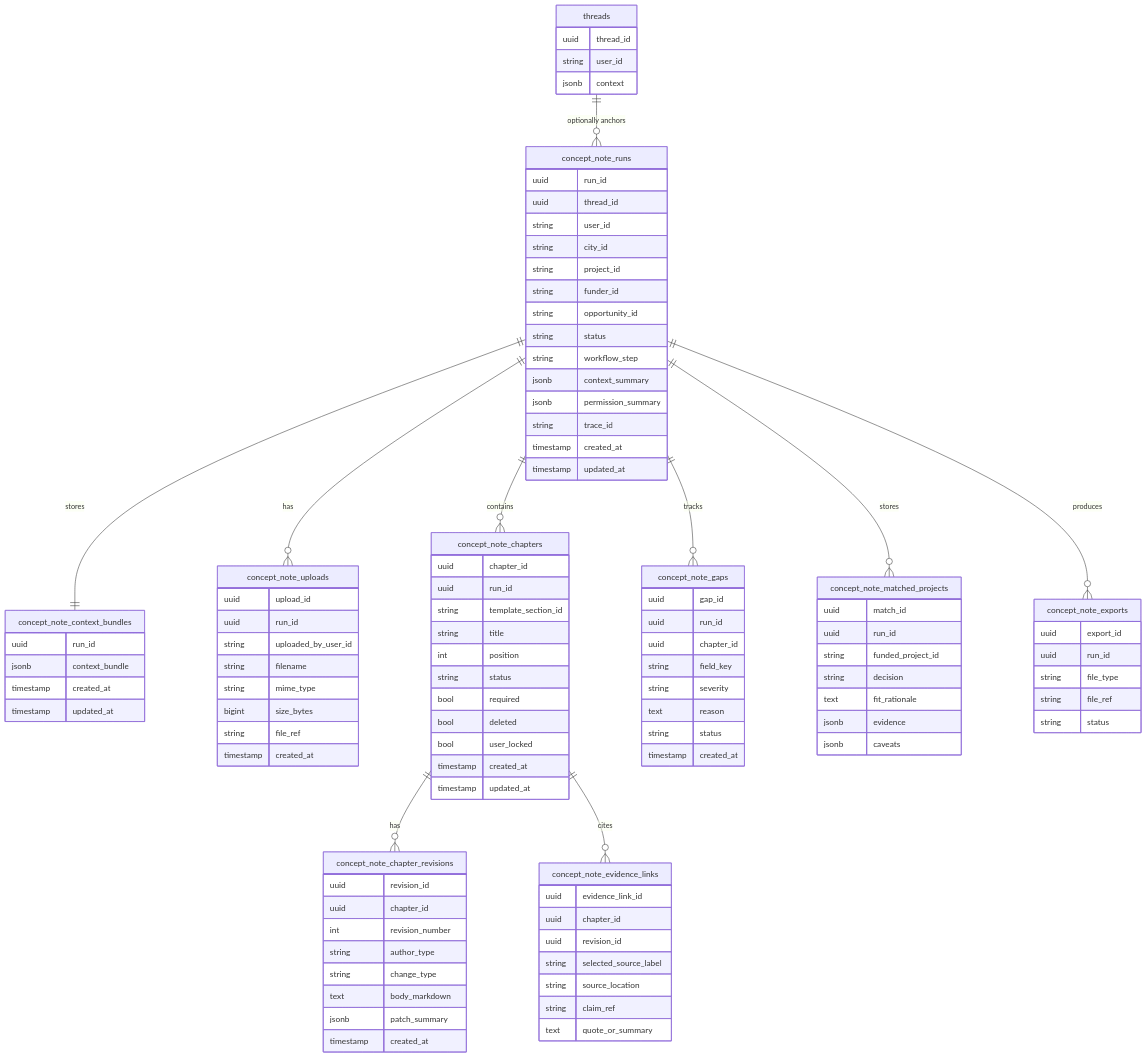
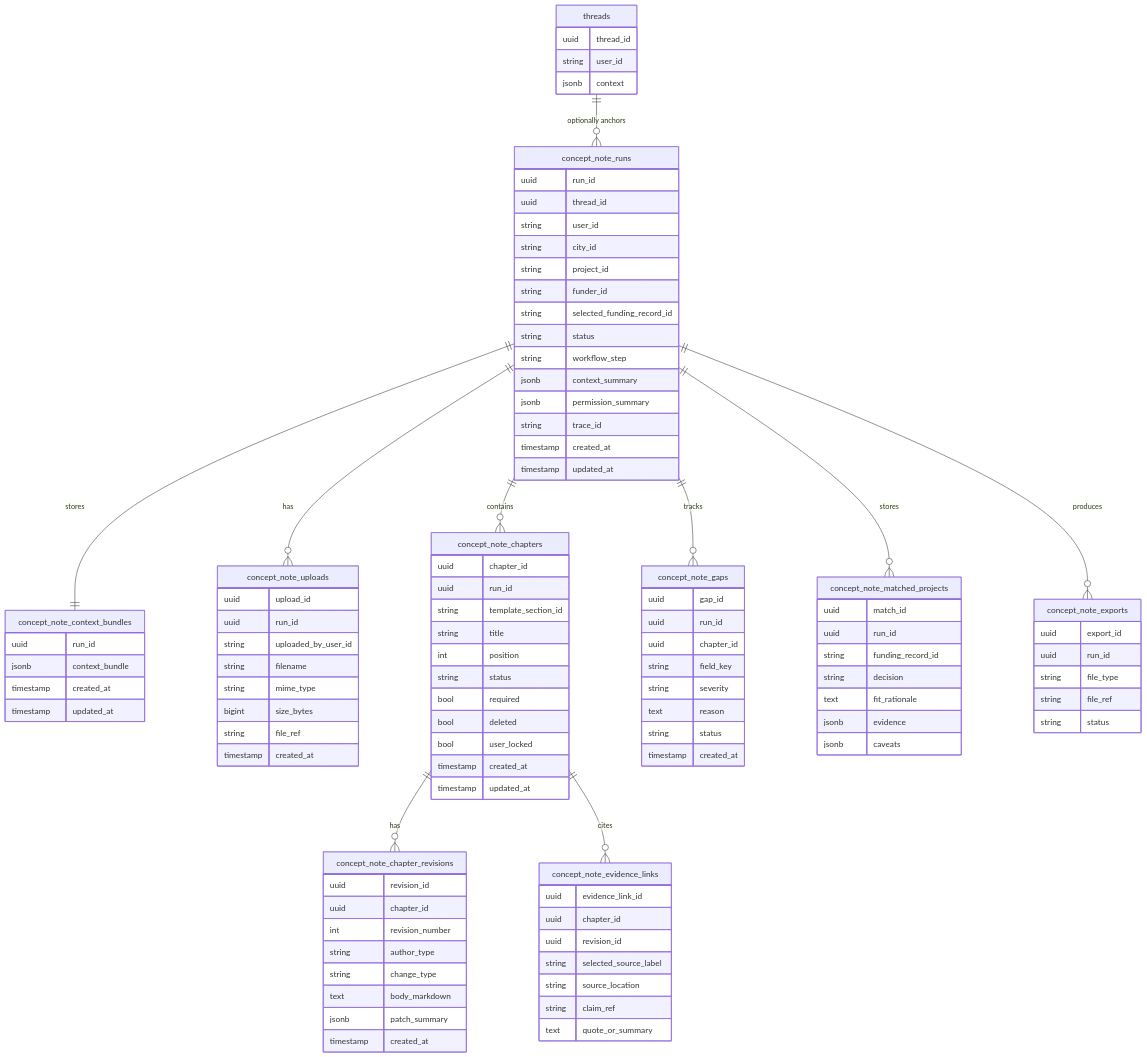
The fifth of 13 diagrams in docs/ConceptNoteBuilderArchitecture.md (Open-Earth-Foundation/CityCatalyst), drawn with Mermaid before and after one commit. The commit also changed other lines of this file and 1 other file, not shown here.

Commit message:
Simplify CNB funding architecture

```diff
--- a/docs/ConceptNoteBuilderArchitecture.md
+++ b/docs/ConceptNoteBuilderArchitecture.md
@@ -353,7 +349,7 @@
         string city_id
         string project_id
         string funder_id
-        string opportunity_id
+        string selected_funding_record_id
         string status
         string workflow_step
         jsonb context_summary
@@ -430,7 +426,7 @@
     concept_note_matched_projects {
         uuid match_id
         uuid run_id
-        string funded_project_id
+        string funding_record_id
         string decision
         text fit_rationale
         jsonb evidence
```
